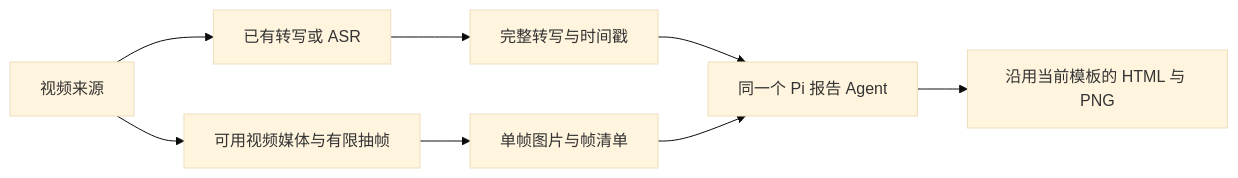
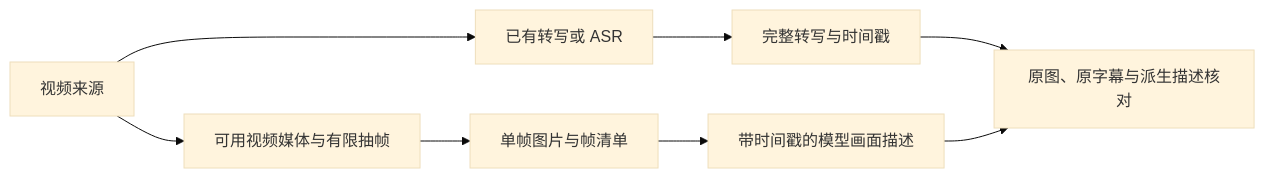
Before and after one commit to imexlovery/video-report-agent: the diagram in docs/sparse-visual-understanding.md, drawn with Mermaid (base theme). The commit also changed other lines of this file and 3 other files, not shown here.

````diff
--- a/docs/sparse-visual-understanding.md
+++ b/docs/sparse-visual-understanding.md
@@ -57,10 +59,10 @@
 ```mermaid
 flowchart LR
     V[视频来源] --> T[已有转写或 ASR]
     V --> F[可用视频媒体与有限抽帧]
     T --> M[完整转写与时间戳]
     F --> I[单帧图片与帧清单]
-    M --> A[同一个 Pi 报告 Agent]
-    I --> A
-    A --> H[沿用当前模板的 HTML 与 PNG]
+    I --> D[带时间戳的模型画面描述]
+    M --> P[原图、原字幕与派生描述核对]
+    D --> P
 ```
````
